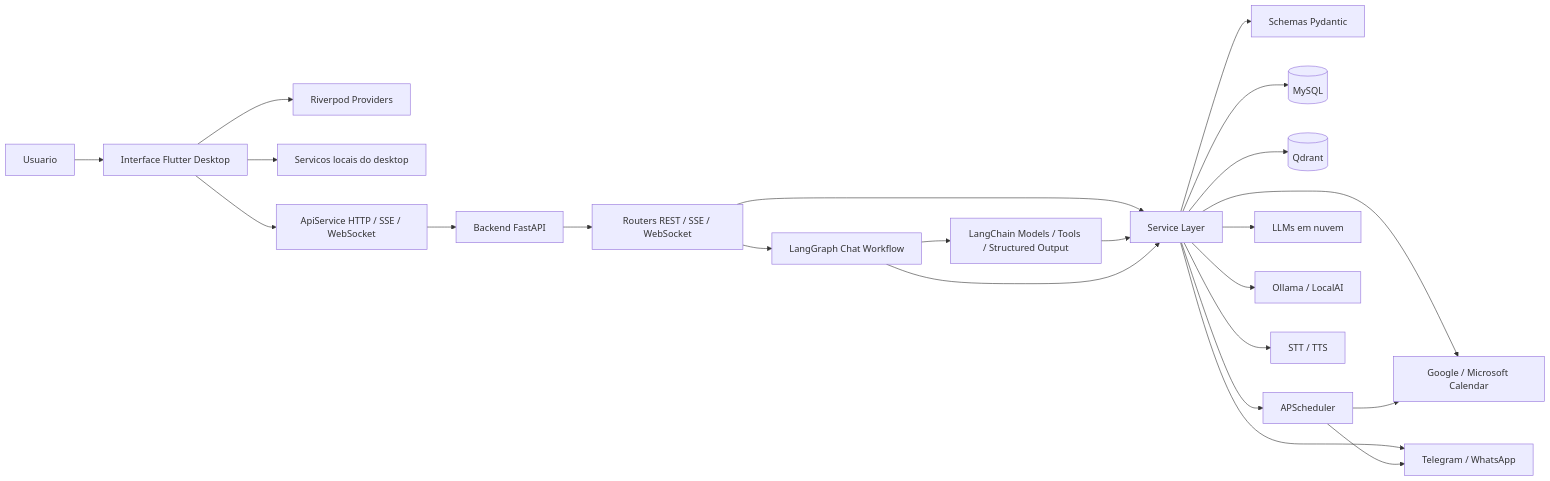
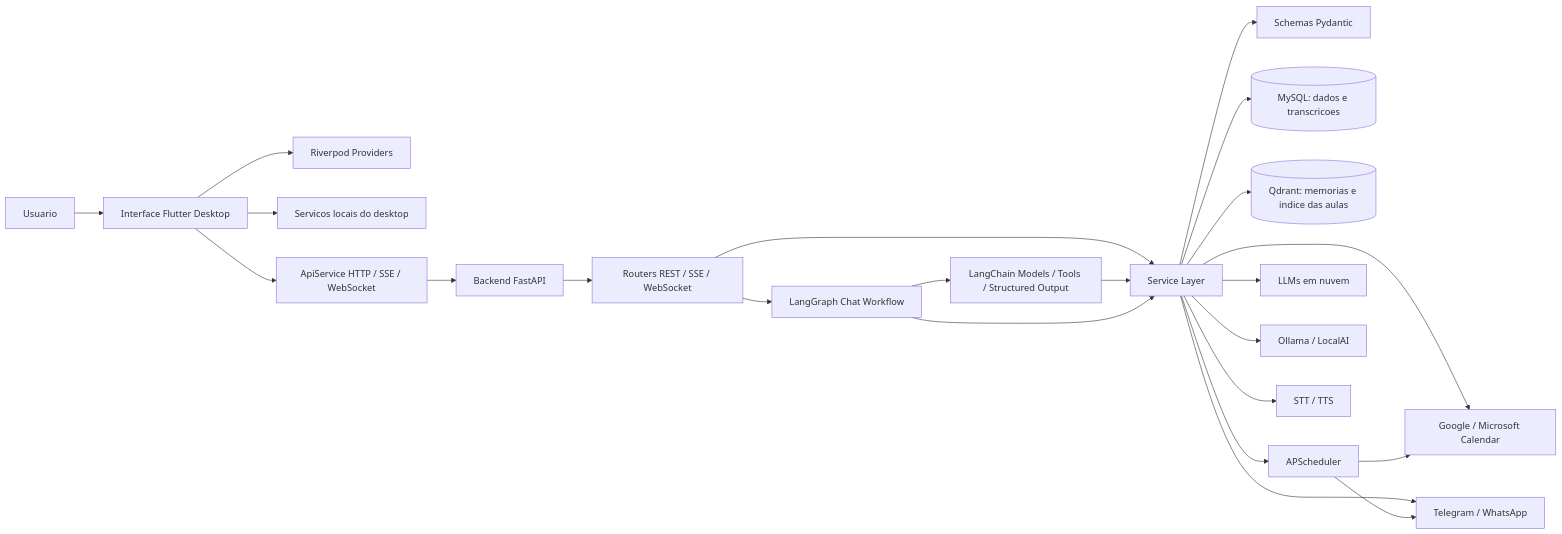
Before and after one commit to m4n1nh0/assistant_app: the first of 6 diagrams in README.md, drawn with Mermaid. The commit also changed other lines of this file, not shown here.

Commit message:
docs: atualizar funcionalidades e diagramas

````diff
--- a/README.md
+++ b/README.md
@@ -52,29 +53,29 @@
 ```mermaid
 flowchart LR
     User[Usuario] --> UI[Interface Flutter Desktop]
 
     UI --> State[Riverpod Providers]
     UI --> LocalServices[Servicos locais do desktop]
     UI --> ApiClient[ApiService HTTP / SSE / WebSocket]
 
     ApiClient --> FastAPI[Backend FastAPI]
 
     FastAPI --> Routers[Routers REST / SSE / WebSocket]
     Routers --> ChatGraph[LangGraph Chat Workflow]
     Routers --> Services[Service Layer]
     ChatGraph --> AgentLayer[LangChain Models / Tools / Structured Output]
     AgentLayer --> Services
     ChatGraph --> Services
     Services --> Models[Schemas Pydantic]
-    Services --> DB[(MySQL)]
-    Services --> Vector[(Qdrant)]
+    Services --> DB[(MySQL: dados e transcricoes)]
+    Services --> Vector[(Qdrant: memorias e indice das aulas)]
     Services --> Scheduler[APScheduler]
     Services --> LLMs[LLMs em nuvem]
     Services --> Ollama[Ollama / LocalAI]
     Services --> Calendar[Google / Microsoft Calendar]
     Services --> Notify[Telegram / WhatsApp]
     Services --> Voice[STT / TTS]
 
     Scheduler --> Calendar
     Scheduler --> Notify
 ```
````
